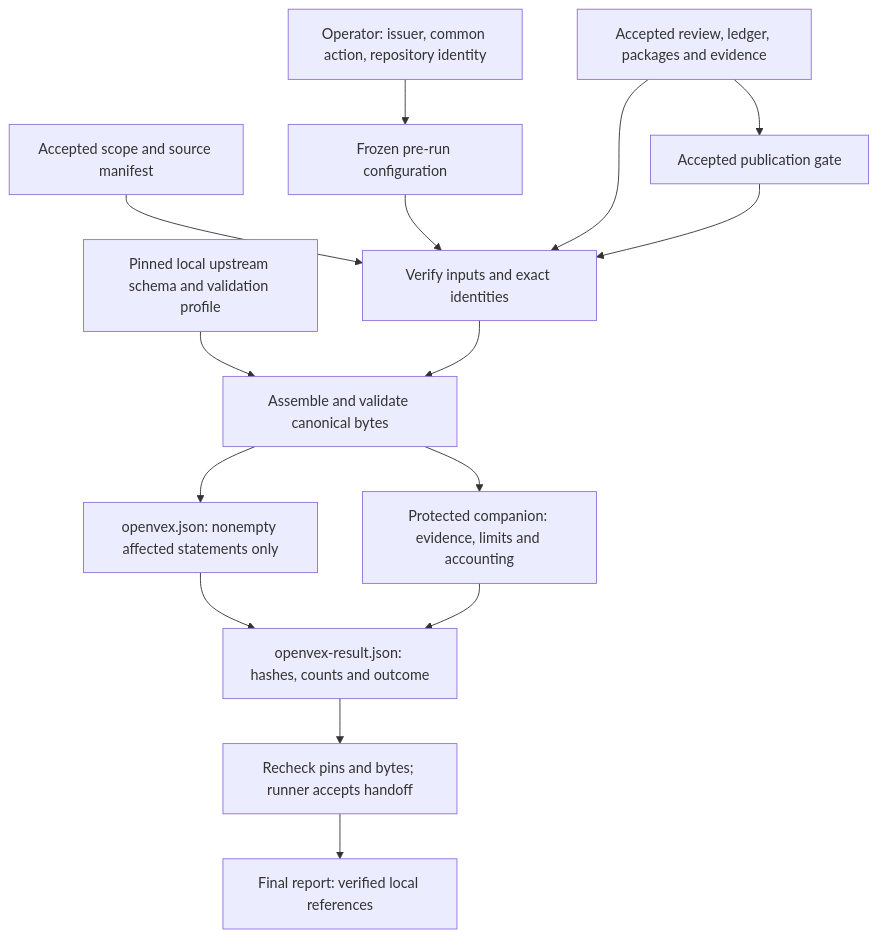
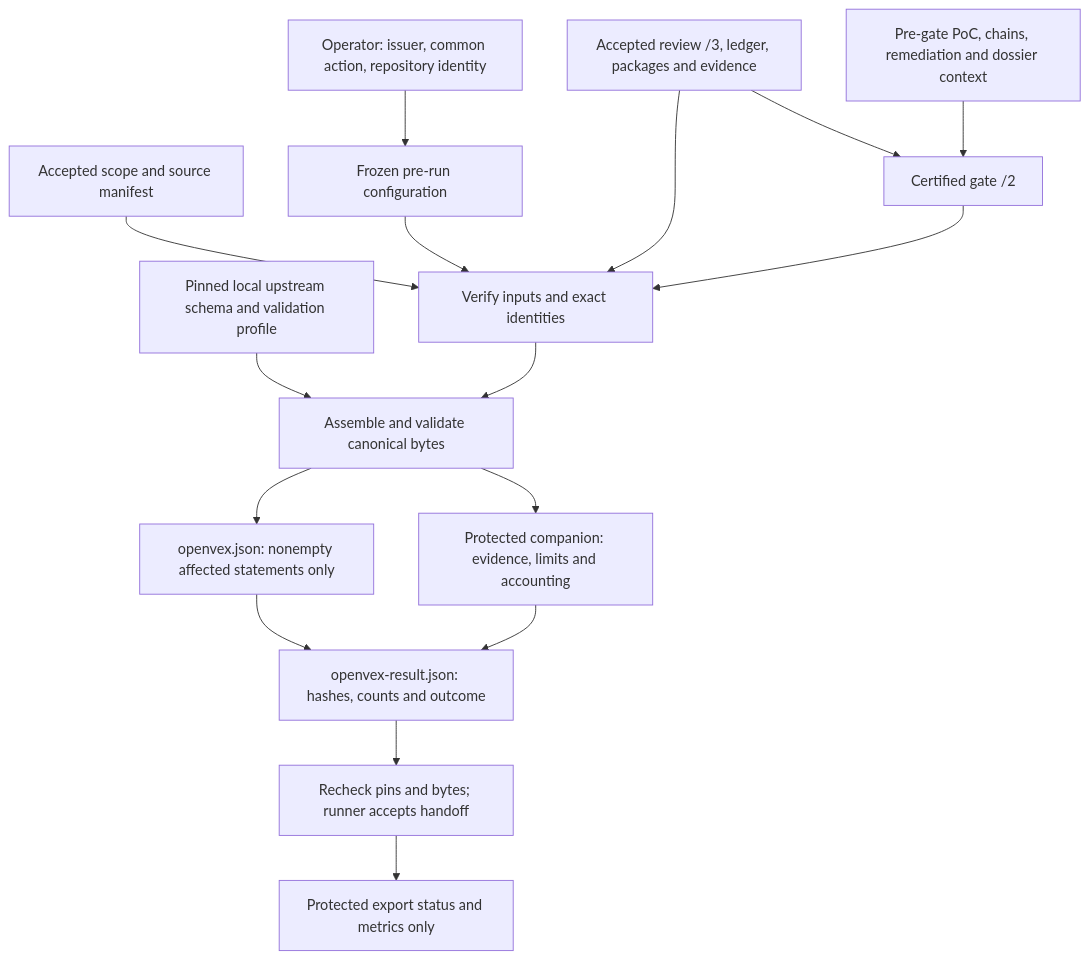
The first of 3 diagrams in docs/operations/openvex-export.md (wsollers/appsec-review), drawn with Mermaid before and after one commit. The commit also changed other lines of this file and 8 other files, not shown here.

````diff
--- a/docs/operations/openvex-export.md
+++ b/docs/operations/openvex-export.md
@@ -32,17 +36,18 @@
 ```mermaid
 flowchart TD
     Operator["Operator: issuer, common action, repository identity"] --> Config["Frozen pre-run configuration"]
-    Review["Accepted review, ledger, packages and evidence"] --> Gate["Accepted publication gate"]
+    Review["Accepted review /3, ledger, packages and evidence"] --> Gate["Certified gate /2"]
+    Completion["Pre-gate PoC, chains, remediation and dossier context"] --> Gate
     Scope["Accepted scope and source manifest"] --> Verify["Verify inputs and exact identities"]
     Config --> Verify
     Review --> Verify
     Gate --> Verify
     Schema["Pinned local upstream schema and validation profile"] --> Assemble["Assemble and validate canonical bytes"]
     Verify --> Assemble
     Assemble --> Vex["openvex.json: nonempty affected statements only"]
     Assemble --> Companion["Protected companion: evidence, limits and accounting"]
     Vex --> Result["openvex-result.json: hashes, counts and outcome"]
     Companion --> Result
     Result --> Accept["Recheck pins and bytes; runner accepts handoff"]
-    Accept --> Report["Final report: verified local references"]
+    Accept --> OperatorView["Protected export status and metrics only"]
 ```
````
